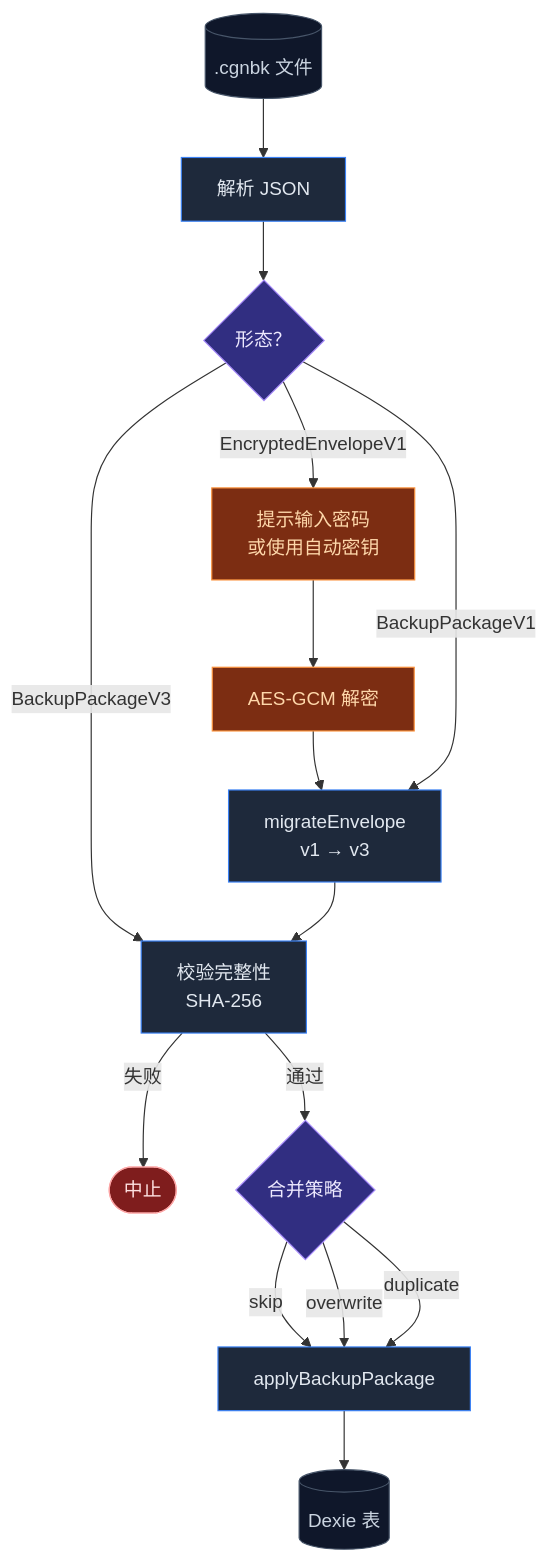
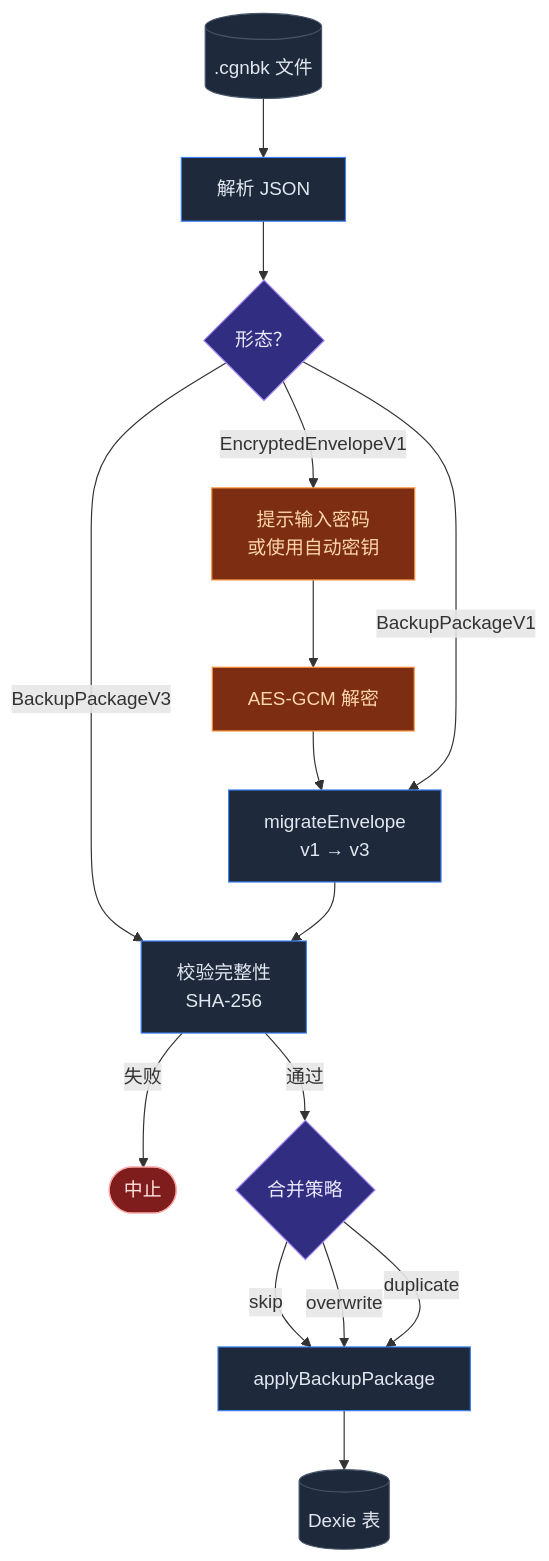
One commit to MaxQian888/cognia-next changed the second of 2 diagrams in docs/content/docs/zh/backup-and-data.mdx. Above: the diagram before and after it, drawn with Mermaid. The commit also changed other lines of this file and 211 other files, not shown here.

````diff
--- a/docs/content/docs/zh/backup-and-data.mdx
+++ b/docs/content/docs/zh/backup-and-data.mdx
@@ -204,31 +232,31 @@
 ```mermaid
 flowchart TB
   File[(.cgnbk 文件)] --> Parse[解析 JSON]
   Parse --> Detect{形态？}
   Detect -->|EncryptedEnvelopeV1| Prompt[提示输入密码<br/>或使用自动密钥]
   Prompt --> Decrypt[AES-GCM 解密]
   Decrypt --> Migrate
 
   Detect -->|BackupPackageV1| Migrate[migrateEnvelope<br/>v1 → v3]
   Detect -->|BackupPackageV3| Verify
 
   Migrate --> Verify[校验完整性<br/>SHA-256]
   Verify -->|失败| Abort([中止])
   Verify -->|通过| Strategy{合并策略}
 
   Strategy -->|skip| Apply
   Strategy -->|overwrite| Apply
   Strategy -->|duplicate| Apply
   Apply[applyBackupPackage] --> Dexie[(Dexie 表)]
 
-  classDef io fill:#0f172a,stroke:#475569,color:#cbd5e1
+  classDef io fill:#1e293b,stroke:#475569,color:#e2e8f0
   classDef step fill:#1e293b,stroke:#3b82f6,color:#e2e8f0
   classDef gate fill:#312e81,stroke:#a78bfa,color:#ede9fe
   classDef enc fill:#7c2d12,stroke:#fb923c,color:#fed7aa
   classDef terminal fill:#7f1d1d,stroke:#fca5a5,color:#fee2e2
   class File,Dexie io
   class Parse,Migrate,Verify,Apply step
   class Detect,Strategy gate
   class Prompt,Decrypt enc
   class Abort terminal
 ```
````
